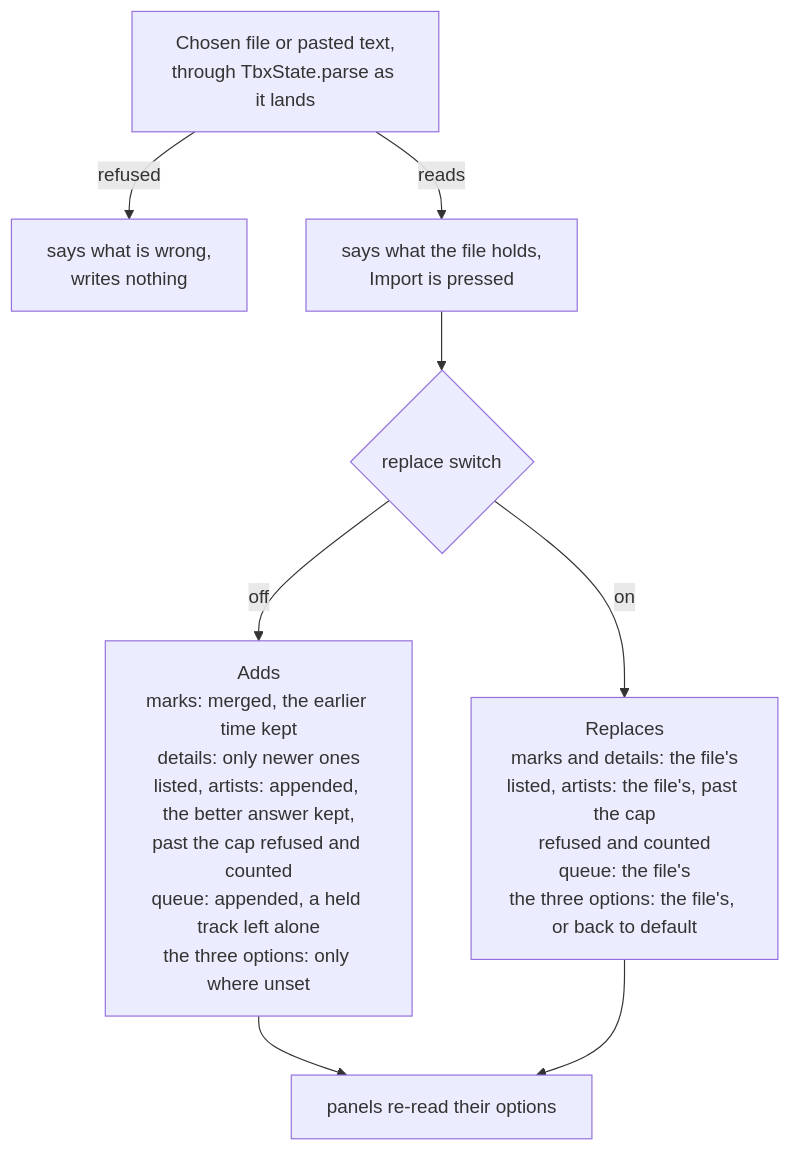
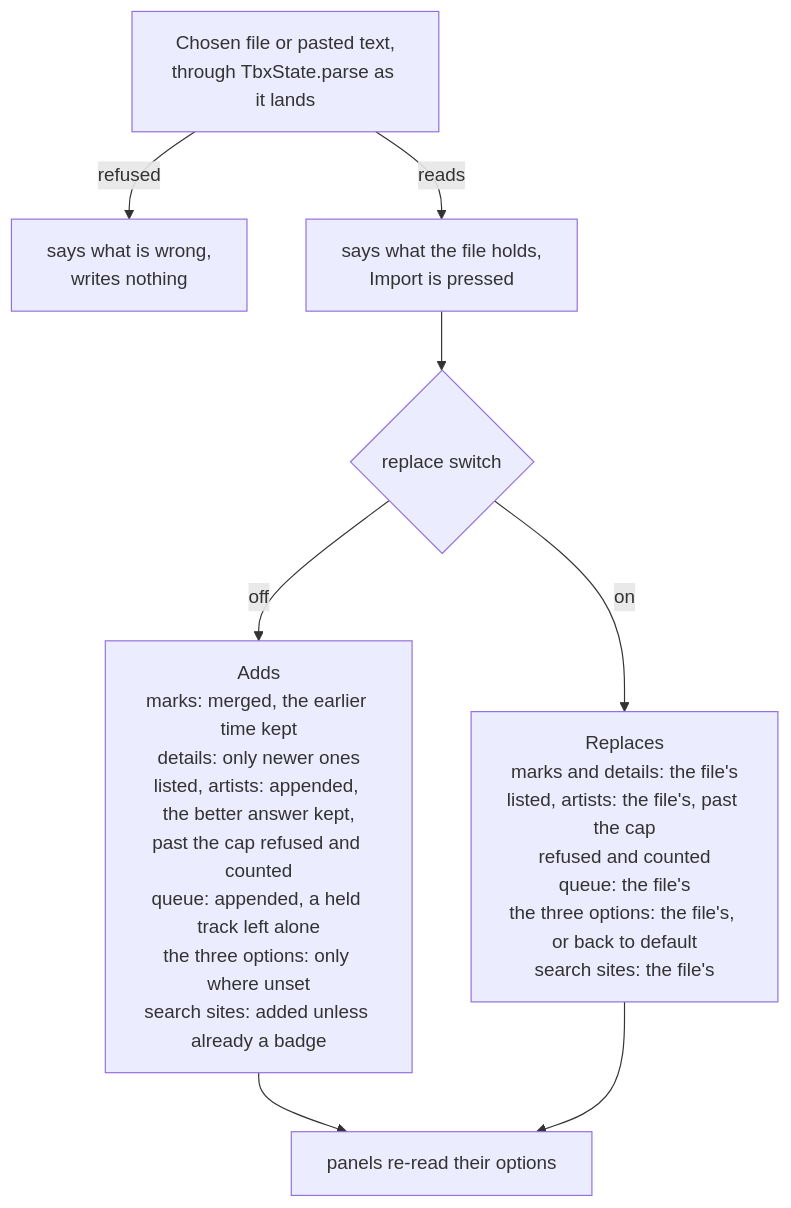
Before and after one commit to cutenode/localnetwork: the eighth of 9 diagrams in apps/localtoolbox/docs/diagrams/state.md, drawn with Mermaid. The commit also changed other lines of this file and 2 other files, not shown here.

Commit message:
docs(localtoolbox): put search sites in the state file and settings diagrams
The export and import diagrams in docs/diagrams/state.md name the search sites a state file now carries: the snapshot takes them, an import adds those that aren't already a badge, and replacing takes the file's. The settings sheet's caption counts them among what an import writes back, and the search badges diagram cites SearchSiteForm.svelte.

````diff
--- a/apps/localtoolbox/docs/diagrams/state.md
+++ b/apps/localtoolbox/docs/diagrams/state.md
@@ -228,18 +228,18 @@
 ```mermaid
 flowchart TD
   Parse["Chosen file or pasted text,<br/>through TbxState.parse as it lands"]
   Refused["says what is wrong,<br/>writes nothing"]
   Holds["says what the file holds,<br/>Import is pressed"]
   Switch{"replace switch"}
-  Add["Adds<br/>marks: merged, the earlier time kept<br/>details: only newer ones<br/>listed, artists: appended, the better answer kept,<br/>past the cap refused and counted<br/>queue: appended, a held track left alone<br/>the three options: only where unset"]
-  Replace["Replaces<br/>marks and details: the file's<br/>listed, artists: the file's, past the cap<br/>refused and counted<br/>queue: the file's<br/>the three options: the file's, or back to default"]
+  Add["Adds<br/>marks: merged, the earlier time kept<br/>details: only newer ones<br/>listed, artists: appended, the better answer kept,<br/>past the cap refused and counted<br/>queue: appended, a held track left alone<br/>the three options: only where unset<br/>search sites: added unless already a badge"]
+  Replace["Replaces<br/>marks and details: the file's<br/>listed, artists: the file's, past the cap<br/>refused and counted<br/>queue: the file's<br/>the three options: the file's, or back to default<br/>search sites: the file's"]
   Reload["panels re-read their options"]
 
   Parse -->|refused| Refused
   Parse -->|reads| Holds
   Holds --> Switch
   Switch -->|off| Add
   Switch -->|on| Replace
   Add --> Reload
   Replace --> Reload
 ```
````
